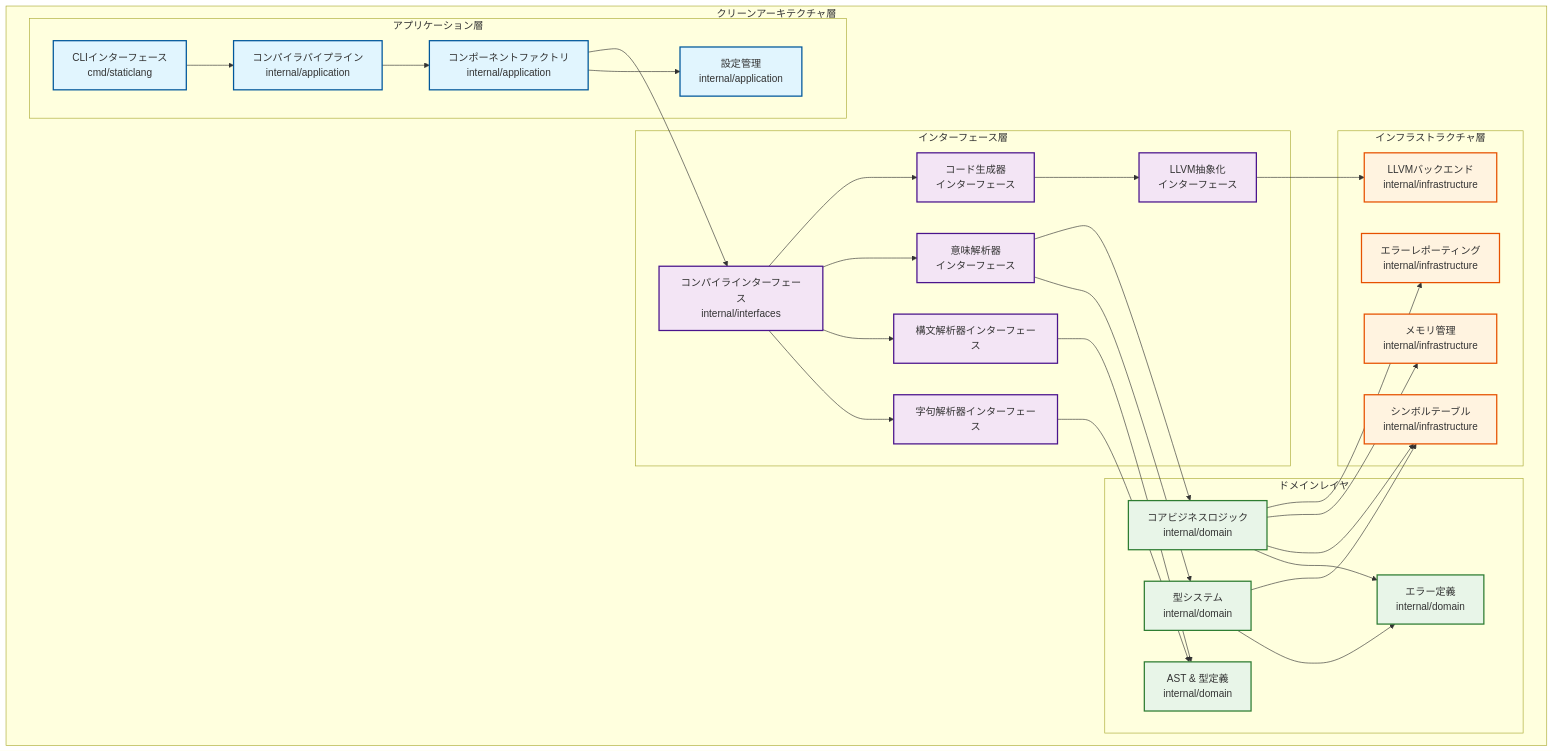
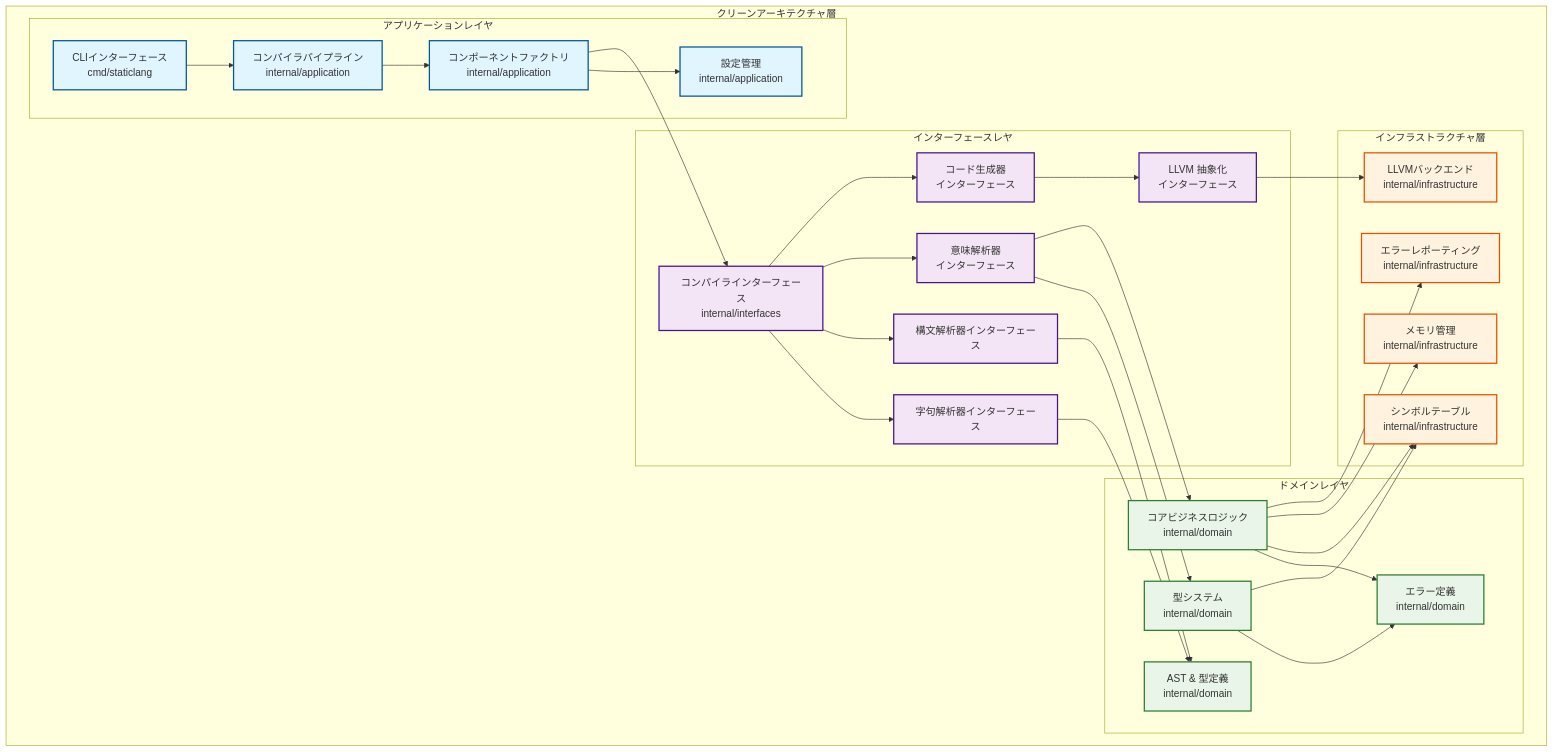
The diagram in ARCHITECTURE_jp.md (sokoide/llvm5), drawn with Mermaid before and after one commit. The commit also changed other lines of this file and 1 other file, not shown here.

Commit message:
update: ARCHITECTURE.md

````diff
--- a/ARCHITECTURE_jp.md
+++ b/ARCHITECTURE_jp.md
@@ -146,70 +220,70 @@
 ```mermaid
 graph TB
     subgraph "クリーンアーキテクチャ層"
 
-        subgraph "アプリケーション層"
+        subgraph "アプリケーションレイヤ"
             CLI["CLIインターフェース<br/>cmd/staticlang"]
             Pipeline["コンパイラパイプライン<br/>internal/application"]
             Factory["コンポーネントファクトリ<br/>internal/application"]
             Config["設定管理<br/>internal/application"]
         end
 
-        subgraph "インターフェース層"
+        subgraph "インターフェースレヤ"
             CompilerIntf["コンパイラインターフェース<br/>internal/interfaces"]
             LexerIntf["字句解析器インターフェース"]
             ParserIntf["構文解析器インターフェース"]
             AnalyzerIntf["意味解析器<br/>インターフェース"]
             GeneratorIntf["コード生成器<br/>インターフェース"]
-            LLVMIntf["LLVM抽象化<br/>インターフェース"]
+            LLVMIntf["LLVM 抽象化<br/>インターフェース"]
         end
 
         subgraph "ドメインレイヤ"
             AST["AST & 型定義<br/>internal/domain"]
             TypeSystem["型システム<br/>internal/domain"]
             BusinessLogic["コアビジネスロジック<br/>internal/domain"]
             ErrorDefs["エラー定義<br/>internal/domain"]
         end
 
         subgraph "インフラストラクチャ層"
             LLVMBackend["LLVMバックエンド<br/>internal/infrastructure"]
             SymbolTable["シンボルテーブル<br/>internal/infrastructure"]
             MemoryMgr["メモリ管理<br/>internal/infrastructure"]
             ErrorReporter["エラーレポーティング<br/>internal/infrastructure"]
         end
 
         CLI --> Pipeline
         Pipeline --> Factory
         Factory --> Config
 
         Factory --> CompilerIntf
         CompilerIntf --> LexerIntf
         CompilerIntf --> ParserIntf
         CompilerIntf --> AnalyzerIntf
         CompilerIntf --> GeneratorIntf
 
         LexerIntf --> AST
         ParserIntf --> AST
         AnalyzerIntf --> TypeSystem
         AnalyzerIntf --> BusinessLogic
         GeneratorIntf --> LLVMIntf
 
         TypeSystem --> ErrorDefs
         BusinessLogic --> ErrorDefs
 
         LLVMIntf --> LLVMBackend
         TypeSystem --> SymbolTable
         BusinessLogic --> SymbolTable
         BusinessLogic --> MemoryMgr
         BusinessLogic --> ErrorReporter
 
         classDef applicationLayer fill:#e1f5fe,stroke:#01579b,stroke-width:2px
         classDef interfaceLayer fill:#f3e5f5,stroke:#4a148c,stroke-width:2px
         classDef domainLayer fill:#e8f5e8,stroke:#2e7d32,stroke-width:2px
         classDef infrastructureLayer fill:#fff3e0,stroke:#e65100,stroke-width:2px
 
         class CLI,Pipeline,Factory,Config applicationLayer
         class CompilerIntf,LexerIntf,ParserIntf,AnalyzerIntf,GeneratorIntf,LLVMIntf interfaceLayer
         class AST,TypeSystem,BusinessLogic,ErrorDefs domainLayer
         class LLVMBackend,SymbolTable,MemoryMgr,ErrorReporter infrastructureLayer
     end
 ```
````
